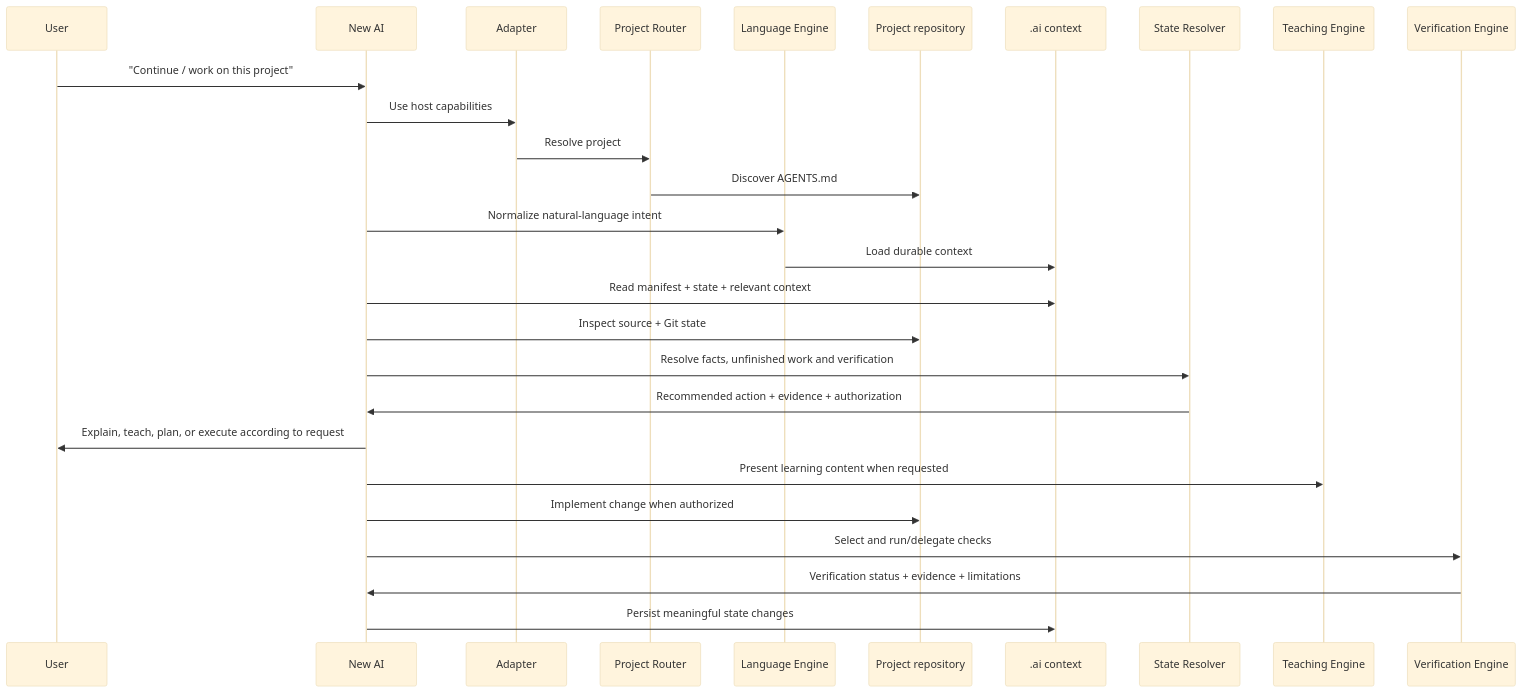
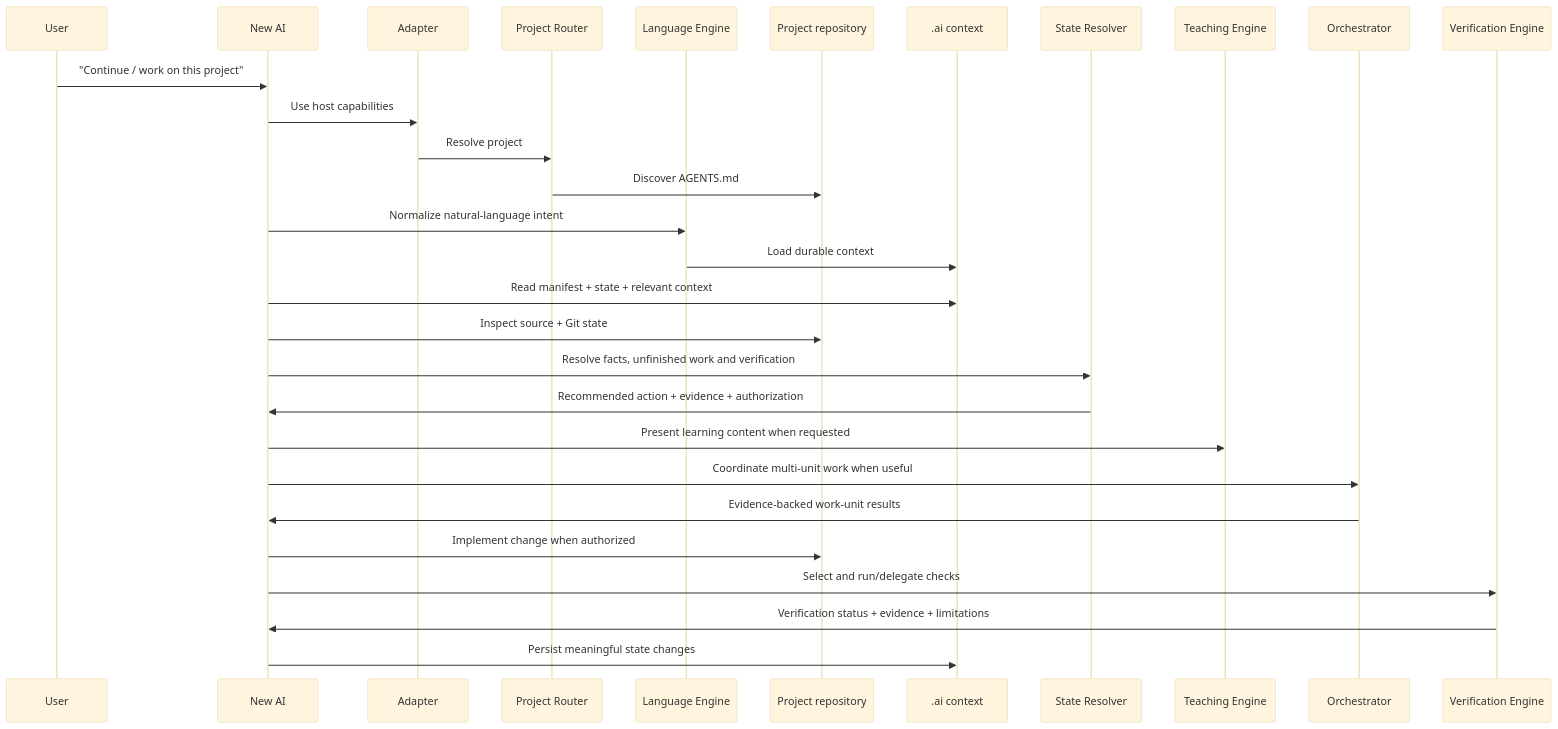
One commit to zzpsah/chatgpt-development-os changed the third of 3 diagrams in docs/ARCHITECTURE.md. Above: the diagram before and after it, drawn with Mermaid (base theme). The commit also changed other lines of this file, not shown here.

Commit message:
docs: integrate agent orchestration architecture

````diff
--- a/docs/ARCHITECTURE.md
+++ b/docs/ARCHITECTURE.md
@@ -107,30 +112,32 @@
 ```mermaid
 sequenceDiagram
     participant U as User
     participant A as New AI
     participant AD as Adapter
     participant R as Project Router
     participant E as Language Engine
     participant G as Project repository
     participant C as .ai context
     participant S as State Resolver
     participant TE as Teaching Engine
+    participant AO as Orchestrator
     participant V as Verification Engine
 
     U->>A: "Continue / work on this project"
     A->>AD: Use host capabilities
     AD->>R: Resolve project
     R->>G: Discover AGENTS.md
     A->>E: Normalize natural-language intent
     E->>C: Load durable context
     A->>C: Read manifest + state + relevant context
     A->>G: Inspect source + Git state
     A->>S: Resolve facts, unfinished work and verification
     S->>A: Recommended action + evidence + authorization
-    A->>U: Explain, teach, plan, or execute according to request
     A->>TE: Present learning content when requested
+    A->>AO: Coordinate multi-unit work when useful
+    AO->>A: Evidence-backed work-unit results
     A->>G: Implement change when authorized
     A->>V: Select and run/delegate checks
     V->>A: Verification status + evidence + limitations
     A->>C: Persist meaningful state changes
 ```
````
